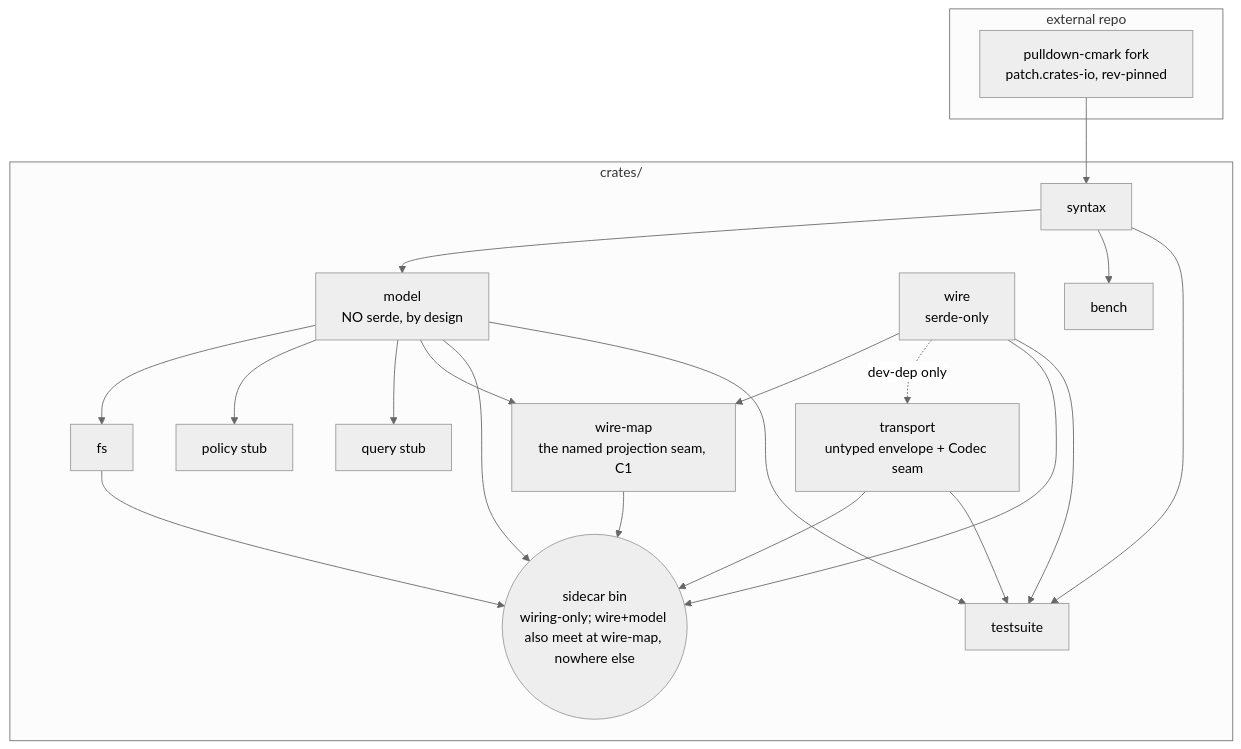
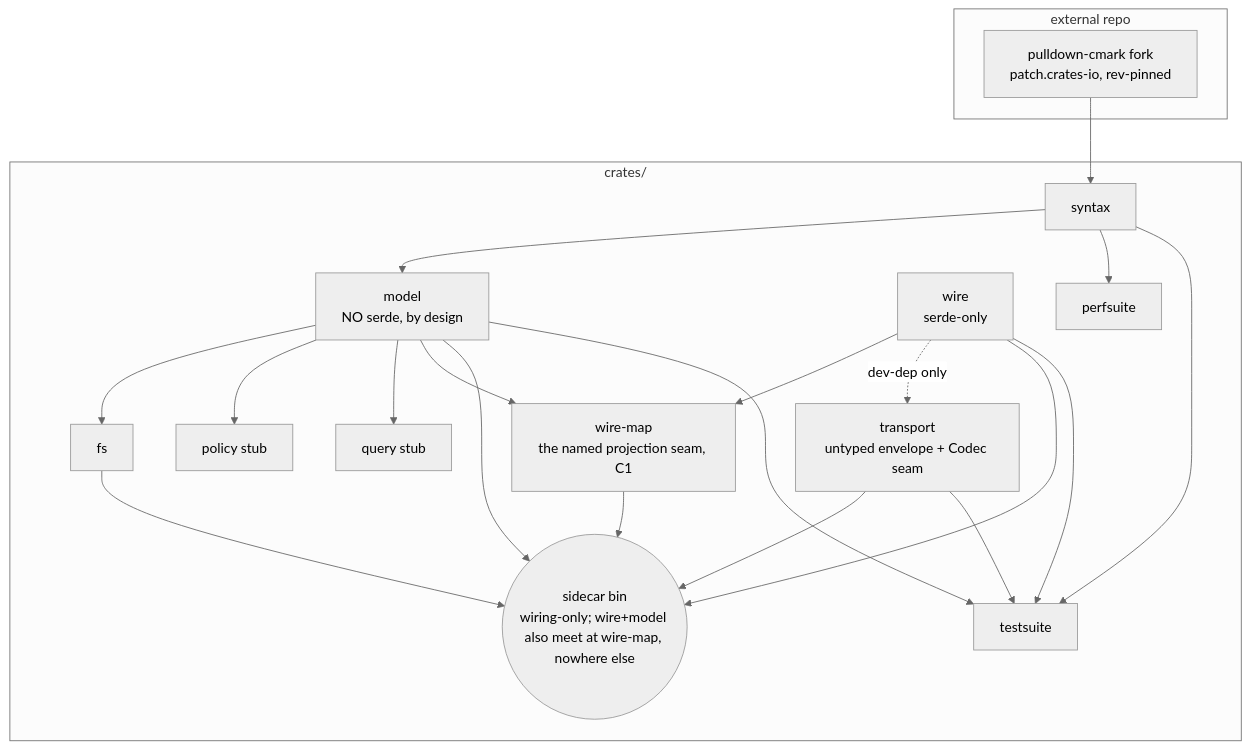
Before and after one commit to caoer/meridian-rs: the diagram in README.md, drawn with Mermaid (neutral theme). The commit also changed other lines of this file and 29 other files, not shown here.

First line of the commit message:
bench→perfsuite: rename the perf-harness crate (collides with cargo bench vocabulary)

````diff
--- a/README.md
+++ b/README.md
@@ -58,34 +58,34 @@
 ```mermaid
 graph TD
     subgraph external repo
         PD[pulldown-cmark fork<br/>patch.crates-io, rev-pinned]
     end
     subgraph crates/
         SYN[syntax]
         MOD[model<br/>NO serde, by design]
         FS[fs]
         WIRE[wire<br/>serde-only]
         WMAP[wire-map<br/>the named projection seam, C1]
         TR[transport<br/>untyped envelope + Codec seam]
         POL[policy stub]
         QRY[query stub]
         SC((sidecar bin<br/>wiring-only; wire+model also meet at wire-map, nowhere else))
         TS[testsuite]
-        BM[bench]
+        BM[perfsuite]
     end
     PD --> SYN
     SYN --> MOD
     MOD --> FS
     MOD --> POL
     MOD --> QRY
     MOD --> WMAP
     WIRE --> WMAP
     WIRE -. dev-dep only .-> TR
     TR --> SC
     MOD --> SC
     FS --> SC
     WIRE --> SC
     WMAP --> SC
     SYN --> BM
     SYN & MOD & WIRE & TR --> TS
 ```
````
